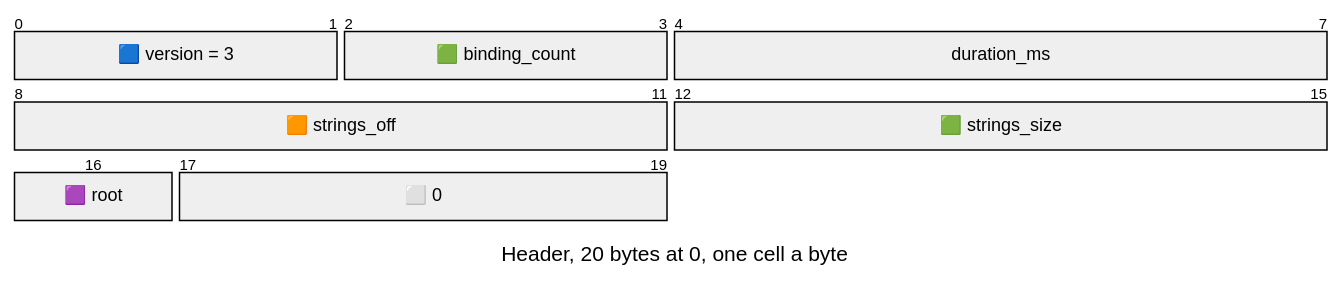
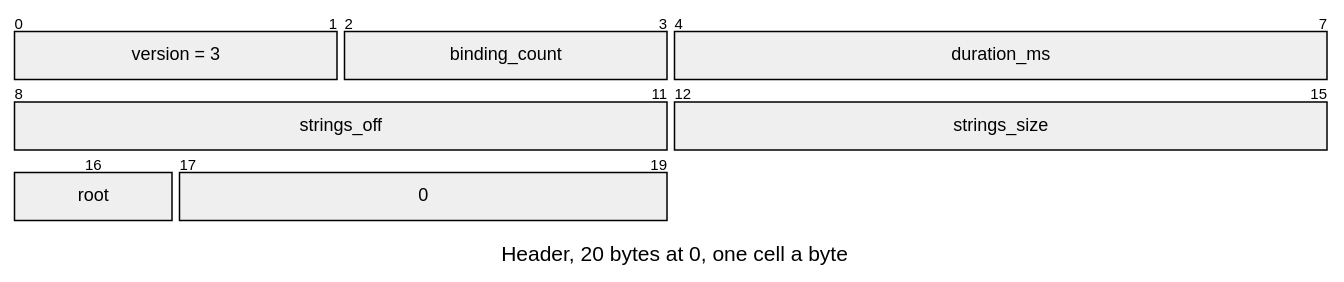
The first of 2 diagrams in docs/assets/formats/TRCK.md (jose-villegas/autana), drawn with Mermaid before and after one commit. The commit also changed other lines of this file and 13 other files, not shown here.

Commit message:
formats: fill each packet box by its field's role through themeCSS the role gate writes, replacing the label squares (autana-edcif)

````diff
--- a/docs/assets/formats/TRCK.md
+++ b/docs/assets/formats/TRCK.md
@@ -5,17 +5,18 @@
 ```mermaid
 ---
 config:
+  themeCSS: "g:nth-of-type(2) rect:nth-of-type(1) { fill: #8fb3ee !important; } g:nth-of-type(2) rect:nth-of-type(2) { fill: #93d6b0 !important; } g:nth-of-type(2) rect:nth-of-type(3) { fill: #e3e3e3 !important; } g:nth-of-type(3) rect:nth-of-type(1) { fill: #f4a885 !important; } g:nth-of-type(3) rect:nth-of-type(2) { fill: #93d6b0 !important; } g:nth-of-type(4) rect:nth-of-type(1) { fill: #c7aaee !important; } g:nth-of-type(4) rect:nth-of-type(2) { fill: #ffffff !important; stroke-dasharray: 4 3 !important; } .packetLabel { fill: #1b1b1b !important; }"
   packet:
     bitsPerRow: 8
     bitWidth: 110
 ---
 packet-beta
 title Header, 20 bytes at 0, one cell a byte
-0-1: "🟦 version = 3"
-2-3: "🟩 binding_count"
+0-1: "version = 3"
+2-3: "binding_count"
 4-7: "duration_ms"
-8-11: "🟧 strings_off"
-12-15: "🟩 strings_size"
-16: "🟪 root"
-17-19: "⬜ 0"
+8-11: "strings_off"
+12-15: "strings_size"
+16: "root"
+17-19: "0"
 ```
````
